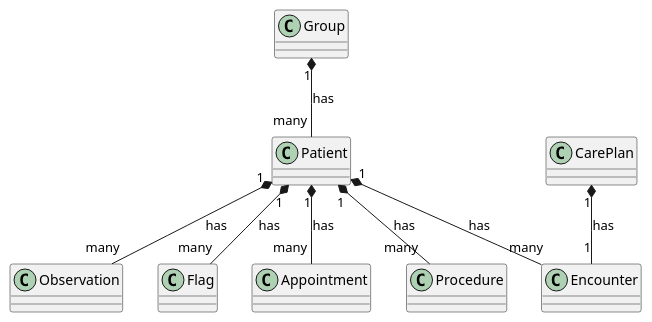
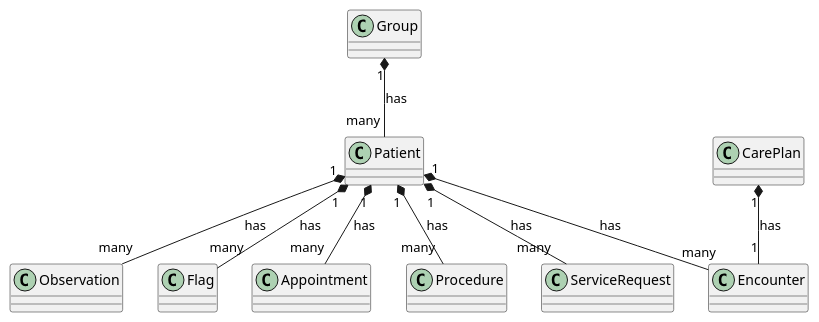
The diagram in NHSEnglandProgrammeImplementationGuides/backup/guides/National-Screening/Home/Design/Data-mapping.page.md (NHSDigital/IOPS-FHIR-Simplifier-Backup), drawn with PlantUML before and after one commit. The commit also changed other lines of this file and 26 other files, not shown here.

```diff
--- a/NHSEnglandProgrammeImplementationGuides/backup/guides/National-Screening/Home/Design/Data-mapping.page.md
+++ b/NHSEnglandProgrammeImplementationGuides/backup/guides/National-Screening/Home/Design/Data-mapping.page.md
@@ -6,9 +6,10 @@
 @startuml
 Group "1" *-- "many" Patient : has
 Patient "1" *-- "many" Encounter : has
 Patient "1" *-- "many" Observation : has
 Patient "1" *-- "many" Flag : has
 CarePlan "1" *-- "1" Encounter : has
 Patient "1" *-- "many" Appointment : has
 Patient "1" *-- "many" Procedure : has
+Patient "1" *-- "many" ServiceRequest : has
 @enduml
```
